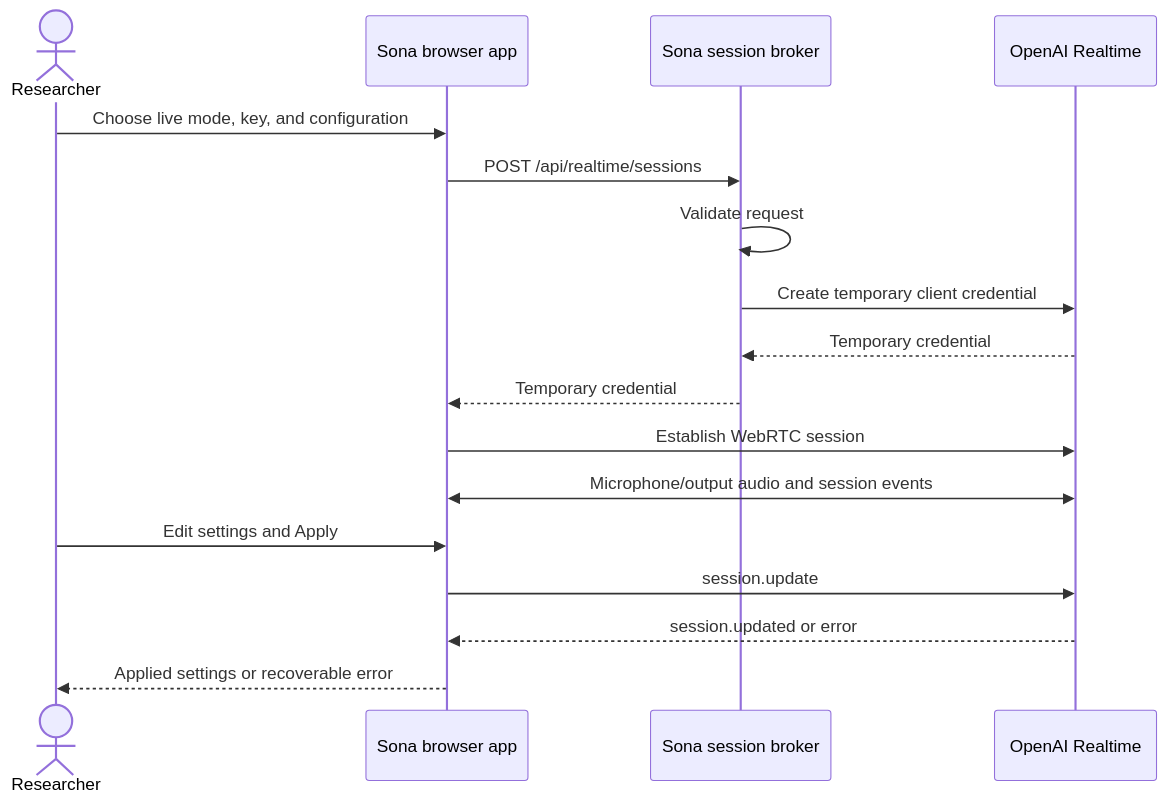
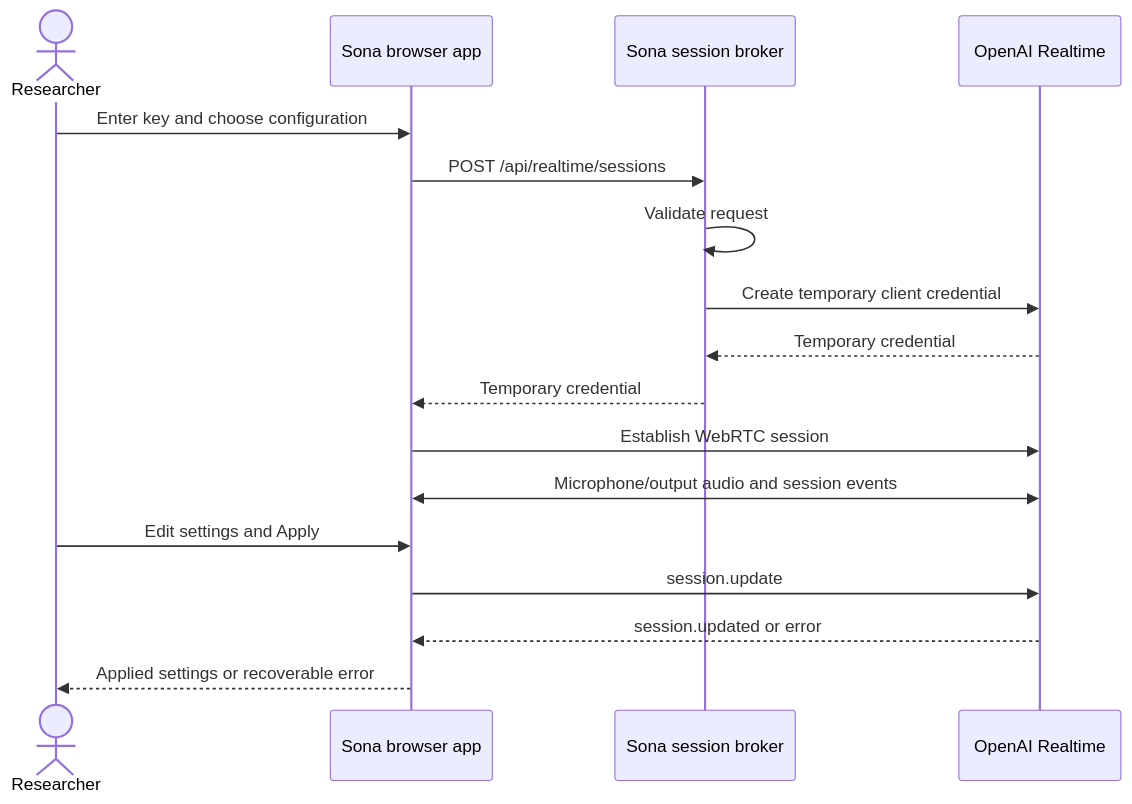
One commit to studio-glhf/Sona changed the diagram in docs/architecture.md. Above: the diagram before and after it, drawn with Mermaid. The commit also changed other lines of this file and 7 other files, not shown here.

Commit message:
fix: open the researcher workbench directly into live voice

````diff
--- a/docs/architecture.md
+++ b/docs/architecture.md
@@ -7,19 +7,19 @@
 ```mermaid
 sequenceDiagram
     actor Researcher
     participant Browser as Sona browser app
     participant Server as Sona session broker
     participant OpenAI as OpenAI Realtime
-    Researcher->>Browser: Choose live mode, key, and configuration
+    Researcher->>Browser: Enter key and choose configuration
     Browser->>Server: POST /api/realtime/sessions
     Server->>Server: Validate request
     Server->>OpenAI: Create temporary client credential
     OpenAI-->>Server: Temporary credential
     Server-->>Browser: Temporary credential
     Browser->>OpenAI: Establish WebRTC session
     Browser<<->>OpenAI: Microphone/output audio and session events
     Researcher->>Browser: Edit settings and Apply
     Browser->>OpenAI: session.update
     OpenAI-->>Browser: session.updated or error
     Browser-->>Researcher: Applied settings or recoverable error
 ```
````
